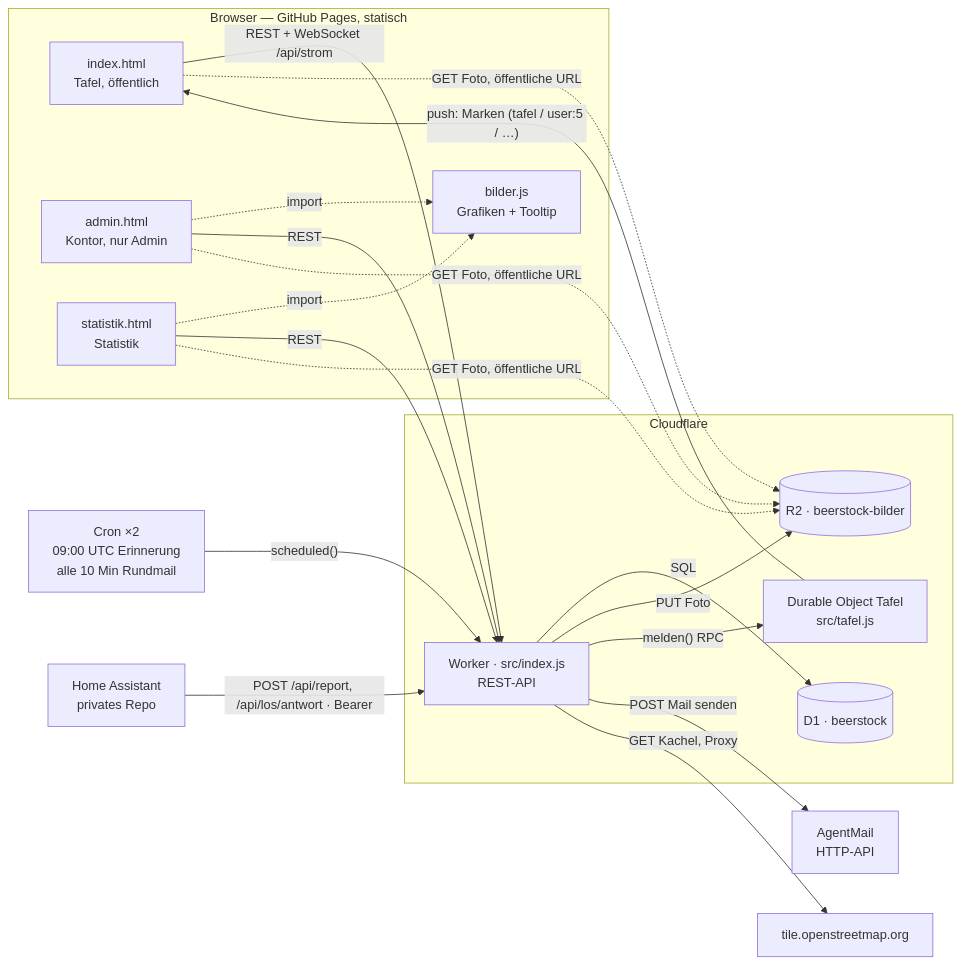
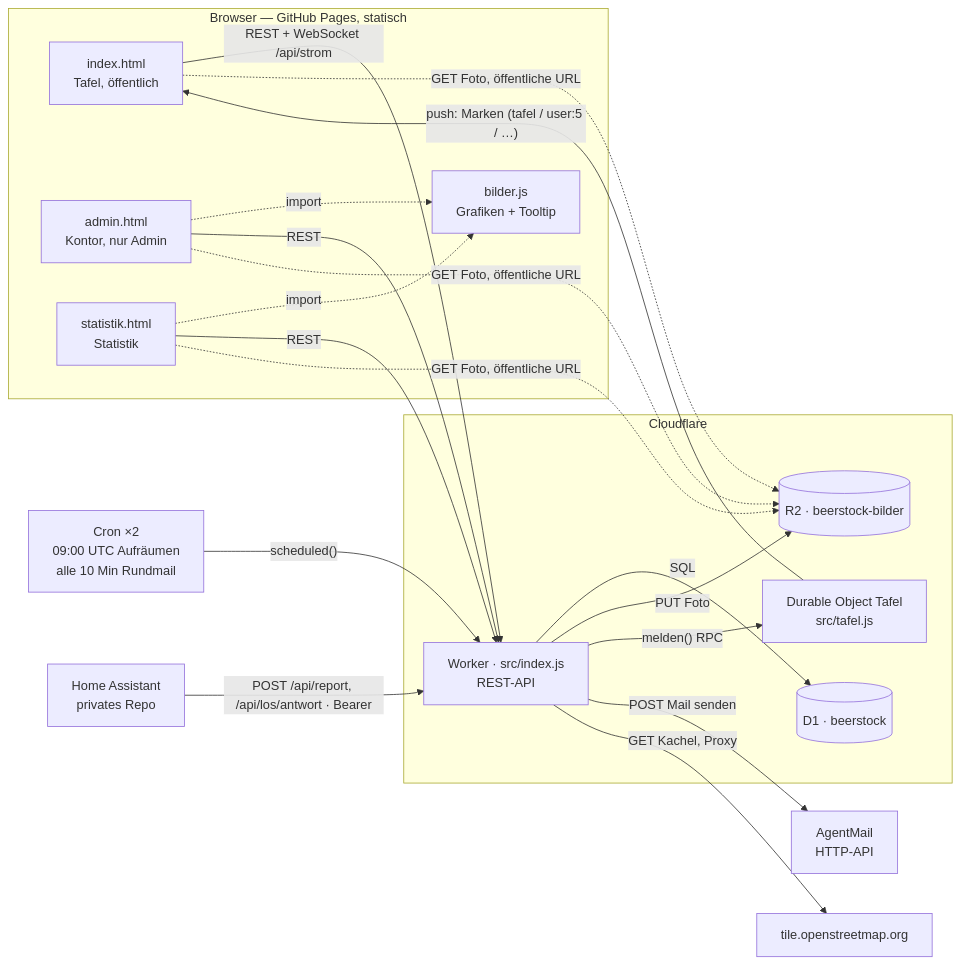
The diagram in README.md (Schnix84/beerstock), drawn with Mermaid before and after one commit. The commit also changed other lines of this file and 3 other files, not shown here.

````diff
--- a/README.md
+++ b/README.md
@@ -275,40 +273,40 @@
 ```mermaid
 flowchart LR
     subgraph Browser["Browser — GitHub Pages, statisch"]
         Tafel["index.html<br/>Tafel, öffentlich"]
         Kontor["admin.html<br/>Kontor, nur Admin"]
         Statistik["statistik.html<br/>Statistik"]
         Bilder["bilder.js<br/>Grafiken + Tooltip"]
         Kontor -. "import" .-> Bilder
         Statistik -. "import" .-> Bilder
     end
 
     subgraph CF["Cloudflare"]
         Worker["Worker · src/index.js<br/>REST-API"]
         DO["Durable Object Tafel<br/>src/tafel.js"]
         D1[("D1 · beerstock")]
         R2[("R2 · beerstock-bilder")]
     end
 
-    Cron["Cron ×2<br/>09:00 UTC Erinnerung<br/>alle 10 Min Rundmail"]
+    Cron["Cron ×2<br/>09:00 UTC Aufräumen<br/>alle 10 Min Rundmail"]
     Mail["AgentMail<br/>HTTP-API"]
     OSM["tile.openstreetmap.org"]
     HA["Home Assistant<br/>privates Repo"]
 
     Tafel -- "REST + WebSocket /api/strom" --> Worker
     Kontor -- "REST" --> Worker
     Statistik -- "REST" --> Worker
     Tafel -. "GET Foto, öffentliche URL" .-> R2
     Kontor -. "GET Foto, öffentliche URL" .-> R2
     Statistik -. "GET Foto, öffentliche URL" .-> R2
 
     Worker -- "SQL" --> D1
     Worker -- "PUT Foto" --> R2
     Worker -- "melden() RPC" --> DO
     DO -- "push: Marken (tafel / user:5 / …)" --> Tafel
 
     Cron -- "scheduled()" --> Worker
     Worker -- "POST Mail senden" --> Mail
     Worker -- "GET Kachel, Proxy" --> OSM
     HA -- "POST /api/report, /api/los/antwort · Bearer" --> Worker
 ```
````
